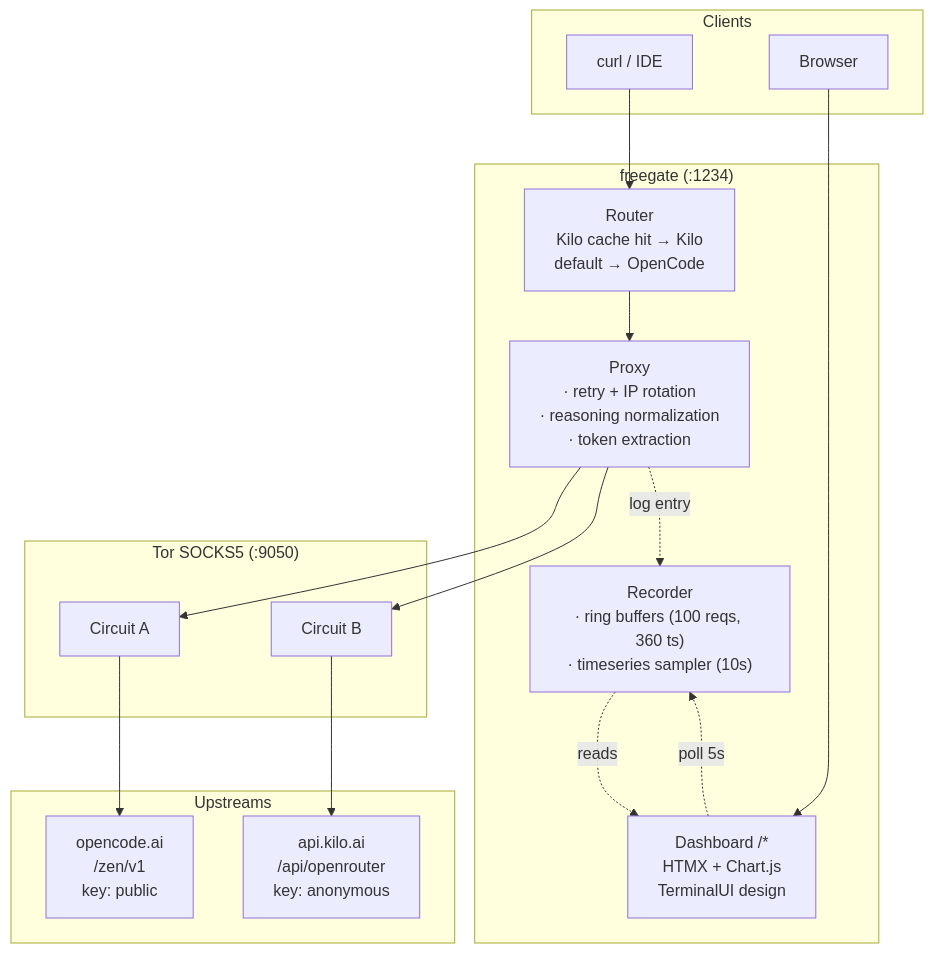
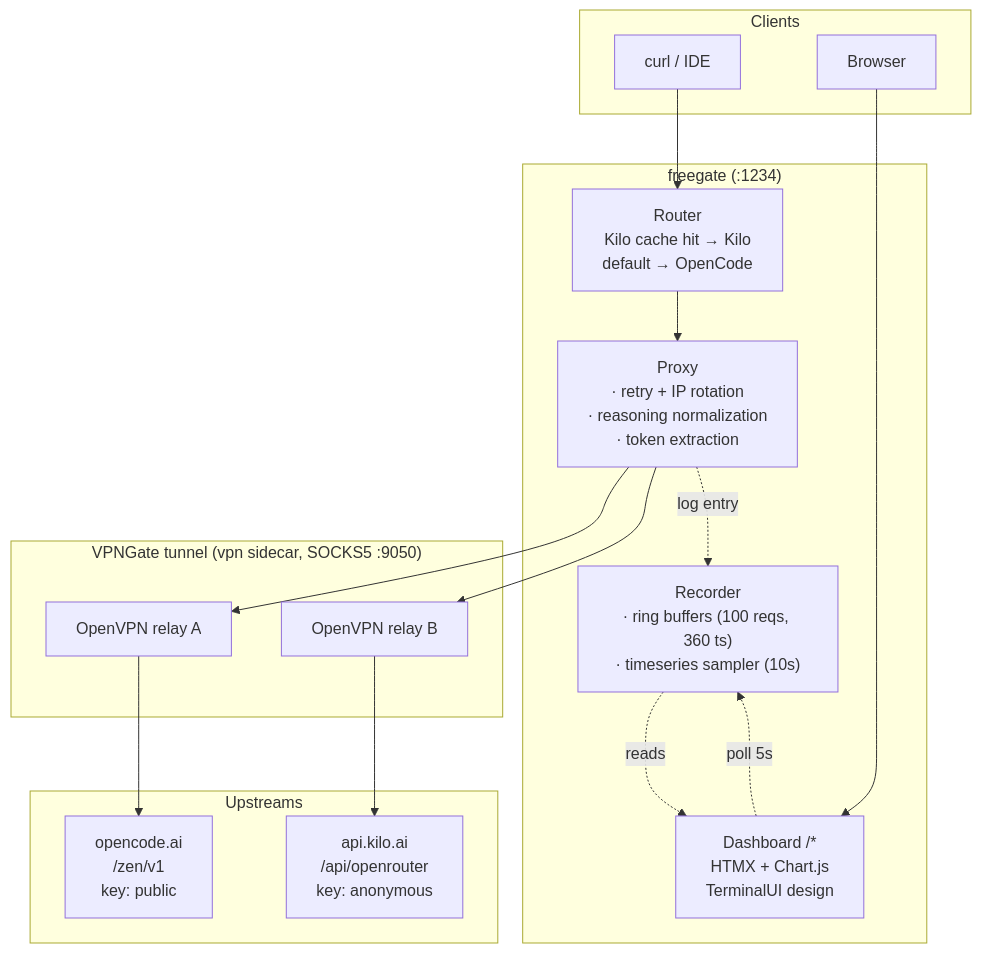
Before and after one commit to nofendian17/freegate: the diagram in README.md, drawn with Mermaid. The commit also changed other lines of this file and 31 other files, not shown here.

First line of the commit message:
feat: replace TOR with VPNGate tunnel for IP rotation

````diff
--- a/README.md
+++ b/README.md
@@ -200,35 +200,35 @@
 ```mermaid
 flowchart TB
     subgraph Clients["Clients"]
         CLI["curl / IDE"]
         Browser["Browser"]
     end
 
     subgraph Freegate["freegate (:1234)"]
         Router["Router<br/>Kilo cache hit → Kilo<br/>default → OpenCode"]
         Proxy["Proxy<br/>· retry + IP rotation<br/>· reasoning normalization<br/>· token extraction"]
         Dashboard["Dashboard /*<br/>HTMX + Chart.js<br/>TerminalUI design"]
         Recorder["Recorder<br/>· ring buffers (100 reqs, 360 ts)<br/>· timeseries sampler (10s)"]
     end
 
-    subgraph Tor["Tor SOCKS5 (:9050)"]
-        Tor1["Circuit A"]
-        Tor2["Circuit B"]
+    subgraph VPN["VPNGate tunnel (vpn sidecar, SOCKS5 :9050)"]
+        S1["OpenVPN relay A"]
+        S2["OpenVPN relay B"]
     end
 
     subgraph Upstreams["Upstreams"]
         OC["opencode.ai<br/>/zen/v1<br/>key: public"]
         Kilo["api.kilo.ai<br/>/api/openrouter<br/>key: anonymous"]
     end
 
     CLI --> Router
     Router --> Proxy
-    Proxy --> Tor1
-    Proxy --> Tor2
-    Tor1 --> OC
-    Tor2 --> Kilo
+    Proxy --> S1
+    Proxy --> S2
+    S1 --> OC
+    S2 --> Kilo
     Proxy -.->|"log entry"| Recorder
     Recorder -.->|"reads"| Dashboard
     Browser --> Dashboard
     Dashboard -.->|"poll 5s"| Recorder
 ```
````
